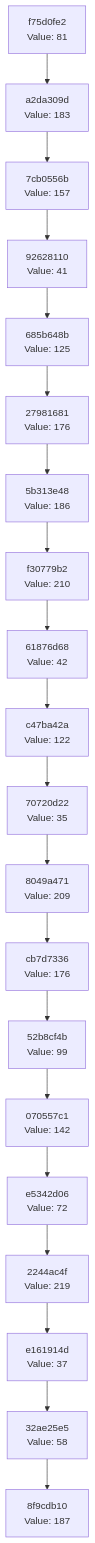
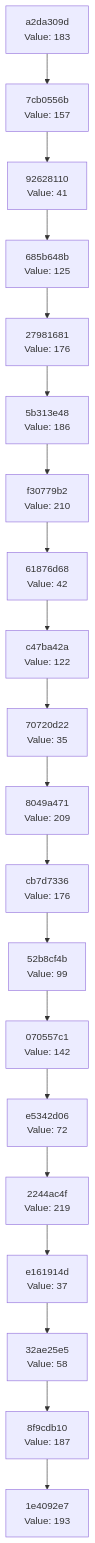
Before and after one commit to Abhisheksinha1506/hash-chain-evolver: the diagram in docs/CHAIN_VISUALIZATION.md, drawn with Mermaid. The commit also changed 2 other files, not shown here.

Commit message:
Evolution step: hash 0xC1 → action executed

````diff
--- a/docs/CHAIN_VISUALIZATION.md
+++ b/docs/CHAIN_VISUALIZATION.md
@@ -3,42 +3,42 @@
 ```mermaid
 graph TD
-    C0["8f9cdb10<br/>Value: 187"]
-    C1["32ae25e5<br/>Value: 58"]
+    C0["1e4092e7<br/>Value: 193"]
+    C1["8f9cdb10<br/>Value: 187"]
     C1 --> C0
-    C2["e161914d<br/>Value: 37"]
+    C2["32ae25e5<br/>Value: 58"]
     C2 --> C1
-    C3["2244ac4f<br/>Value: 219"]
+    C3["e161914d<br/>Value: 37"]
     C3 --> C2
-    C4["e5342d06<br/>Value: 72"]
+    C4["2244ac4f<br/>Value: 219"]
     C4 --> C3
-    C5["070557c1<br/>Value: 142"]
+    C5["e5342d06<br/>Value: 72"]
     C5 --> C4
-    C6["52b8cf4b<br/>Value: 99"]
+    C6["070557c1<br/>Value: 142"]
     C6 --> C5
-    C7["cb7d7336<br/>Value: 176"]
+    C7["52b8cf4b<br/>Value: 99"]
     C7 --> C6
-    C8["8049a471<br/>Value: 209"]
+    C8["cb7d7336<br/>Value: 176"]
     C8 --> C7
-    C9["70720d22<br/>Value: 35"]
+    C9["8049a471<br/>Value: 209"]
     C9 --> C8
-    C10["c47ba42a<br/>Value: 122"]
+    C10["70720d22<br/>Value: 35"]
     C10 --> C9
-    C11["61876d68<br/>Value: 42"]
+    C11["c47ba42a<br/>Value: 122"]
     C11 --> C10
-    C12["f30779b2<br/>Value: 210"]
+    C12["61876d68<br/>Value: 42"]
     C12 --> C11
-    C13["5b313e48<br/>Value: 186"]
+    C13["f30779b2<br/>Value: 210"]
     C13 --> C12
-    C14["27981681<br/>Value: 176"]
+    C14["5b313e48<br/>Value: 186"]
     C14 --> C13
-    C15["685b648b<br/>Value: 125"]
+    C15["27981681<br/>Value: 176"]
     C15 --> C14
-    C16["92628110<br/>Value: 41"]
+    C16["685b648b<br/>Value: 125"]
     C16 --> C15
-    C17["7cb0556b<br/>Value: 157"]
+    C17["92628110<br/>Value: 41"]
     C17 --> C16
-    C18["a2da309d<br/>Value: 183"]
+    C18["7cb0556b<br/>Value: 157"]
     C18 --> C17
-    C19["f75d0fe2<br/>Value: 81"]
+    C19["a2da309d<br/>Value: 183"]
     C19 --> C18
 ```
````
